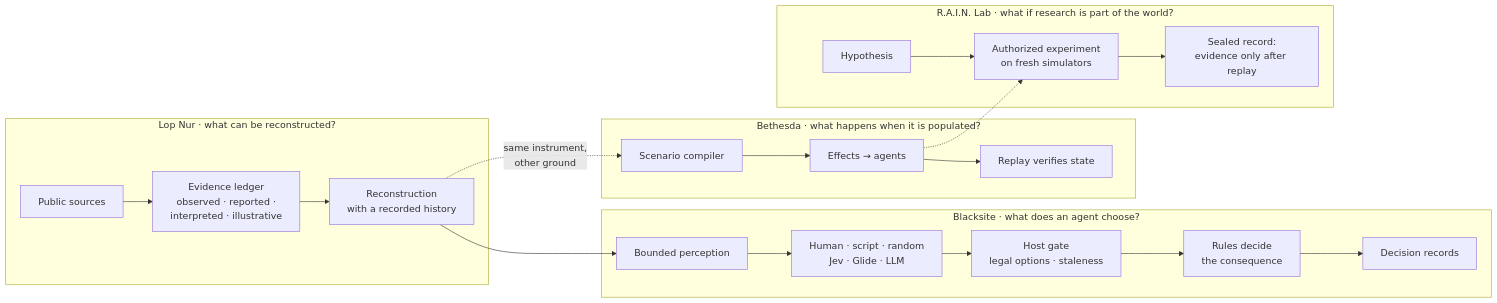
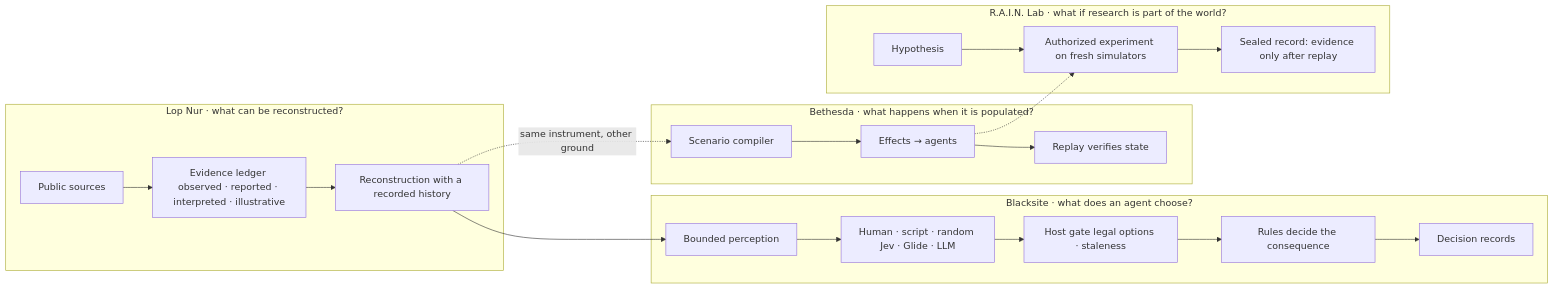
One commit to topherchris420/lop-nur-twin changed the second of 3 diagrams in README.md. Above: the diagram before and after it, drawn with Mermaid. The commit also changed other lines of this file, not shown here.

````diff
--- a/README.md
+++ b/README.md
@@ -216,24 +470,24 @@
 ```mermaid
 flowchart LR
   subgraph LN["Lop Nur · what can be reconstructed?"]
-    S["Public sources"] --> L["Evidence ledger<br/>observed · reported ·<br/>interpreted · illustrative"]
-    L --> M["Reconstruction<br/>with a recorded history"]
+    S["Public sources"] --> L["Evidence ledger observed · reported · interpreted · illustrative"]
+    L --> M["Reconstruction with a recorded history"]
   end
   subgraph BS["Blacksite · what does an agent choose?"]
-    P["Bounded perception"] --> D["Human · script · random<br/>Jev · Glide · LLM"]
-    D --> G["Host gate<br/>legal options · staleness"]
-    G --> R["Rules decide<br/>the consequence"]
+    P["Bounded perception"] --> D["Human · script · random Jev · Glide · LLM"]
+    D --> G["Host gate legal options · staleness"]
+    G --> R["Rules decide the consequence"]
     R --> T["Decision records"]
   end
   subgraph BE["Bethesda · what happens when it is populated?"]
     C["Scenario compiler"] --> E["Effects → agents"]
     E --> RP["Replay verifies state"]
   end
   subgraph RL["R.A.I.N. Lab · what if research is part of the world?"]
-    H["Hypothesis"] --> A["Authorized experiment<br/>on fresh simulators"]
-    A --> SR["Sealed record:<br/>evidence only after replay"]
+    H["Hypothesis"] --> A["Authorized experiment on fresh simulators"]
+    A --> SR["Sealed record: evidence only after replay"]
   end
   M --> P
-  M -. "same instrument,<br/>other ground" .-> C
+  M -. "same instrument, other ground" .-> C
   E -.-> A
 ```
````
